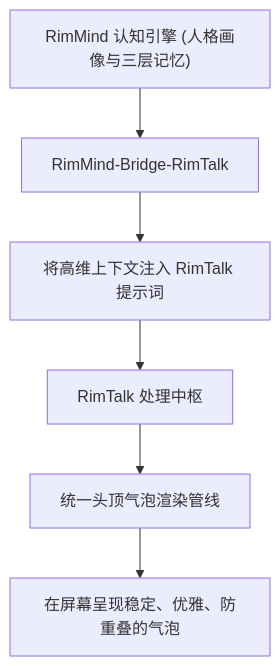
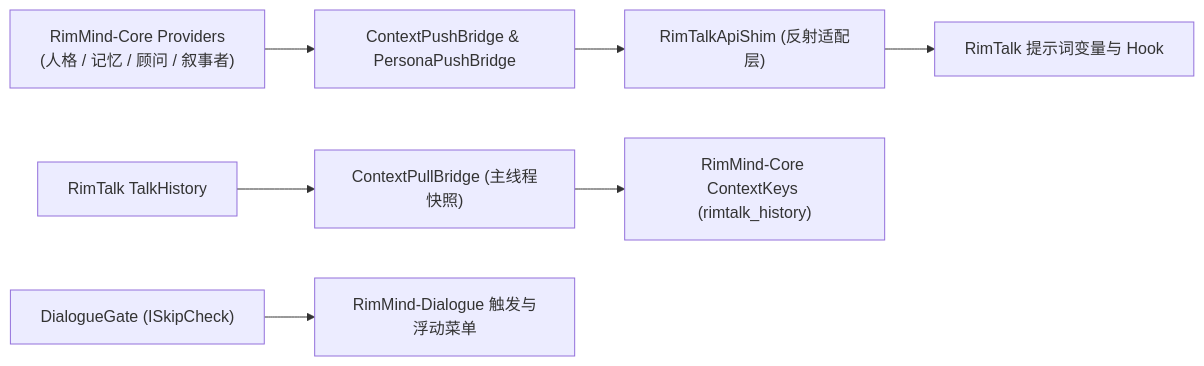
Before and after one commit to RimWorld-RimMind-Mod/RimWorld-RimMind-Mod-Bridge-RimTalk: the diagram in README_zh.md, drawn with Mermaid. The commit also changed other lines of this file and 21 other files, not shown here.

First line of the commit message:
refactor(bridge-rimtalk): resolve enums by name, fix About dependencies, and remove obsolete coordinator (#23)

````diff
--- a/README_zh.md
+++ b/README_zh.md
@@ -41,8 +41,9 @@
 ```mermaid
-flowchart TD
-    Mind["RimMind 认知引擎 (人格画像与三层记忆)"] --> Bridge["RimMind-Bridge-RimTalk"]
-    Bridge --> Inject["将高维上下文注入 RimTalk 提示词"]
-    Inject --> RimTalk["RimTalk 处理中枢"]
-    RimTalk --> BubblePipeline["统一头顶气泡渲染管线"]
-    BubblePipeline --> Screen["在屏幕呈现稳定、优雅、防重叠的气泡"]
+flowchart LR
+    CoreProviders["RimMind-Core Providers<br/>(人格 / 记忆 / 顾问 / 叙事者)"] --> Push["ContextPushBridge &amp; PersonaPushBridge"]
+    Push --> Shim["RimTalkApiShim (反射适配层)"]
+    Shim --> RimTalk["RimTalk 提示词变量与 Hook"]
+    RimTalkHistory["RimTalk TalkHistory"] --> Pull["ContextPullBridge (主线程快照)"]
+    Pull --> CoreContext["RimMind-Core ContextKeys (rimtalk_history)"]
+    Gate["DialogueGate (ISkipCheck)"] --> RimMindDialogue["RimMind-Dialogue 触发与浮动菜单"]
 ```
````
